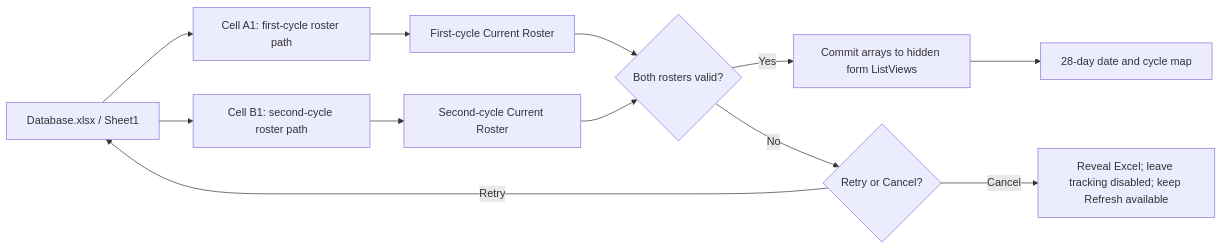
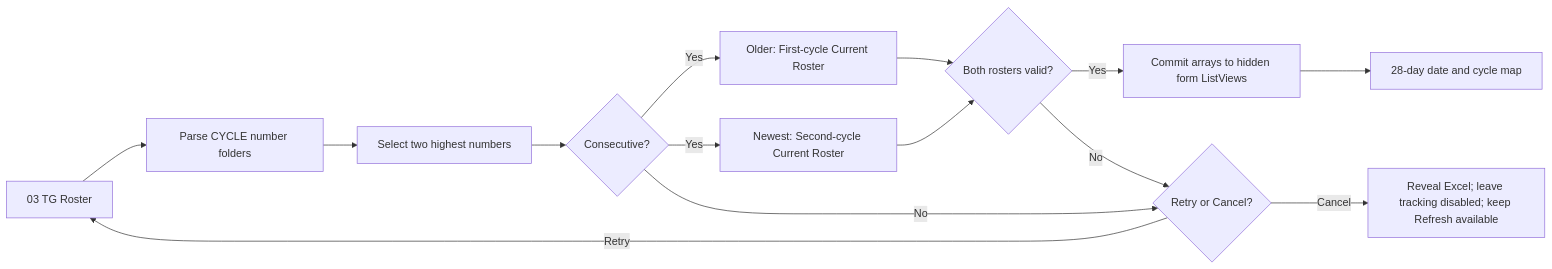
One commit to moonstarph23/Common-Script changed the second of 5 diagrams in RFA/VBA_DOCUMENTATION.md. Above: the diagram before and after it, drawn with Mermaid. The commit also changed other lines of this file and 1 other file, not shown here.

Commit message:
Discover latest roster cycles automatically

````diff
--- a/RFA/VBA_DOCUMENTATION.md
+++ b/RFA/VBA_DOCUMENTATION.md
@@ -58,14 +59,16 @@
 ```mermaid
 flowchart LR
-    Config["Database.xlsx / Sheet1"] --> P1["Cell A1: first-cycle roster path"]
-    Config --> P2["Cell B1: second-cycle roster path"]
-    P1 --> R1["First-cycle Current Roster"]
-    P2 --> R2["Second-cycle Current Roster"]
+    Root["03 TG Roster"] --> Scan["Parse CYCLE number folders"]
+    Scan --> Rank["Select two highest numbers"]
+    Rank --> Sequence{"Consecutive?"}
+    Sequence -->|Yes| R1["Older: First-cycle Current Roster"]
+    Sequence -->|Yes| R2["Newest: Second-cycle Current Roster"]
+    Sequence -->|No| Choice{"Retry or Cancel?"}
     R1 --> Validate{"Both rosters valid?"}
     R2 --> Validate
     Validate -->|Yes| Memory["Commit arrays to hidden form ListViews"]
-    Validate -->|No| Choice{"Retry or Cancel?"}
-    Choice -->|Retry| Config
+    Validate -->|No| Choice
+    Choice -->|Retry| Root
     Choice -->|Cancel| Disabled["Reveal Excel; leave tracking disabled; keep Refresh available"]
     Memory --> Map["28-day date and cycle map"]
 ```
````
